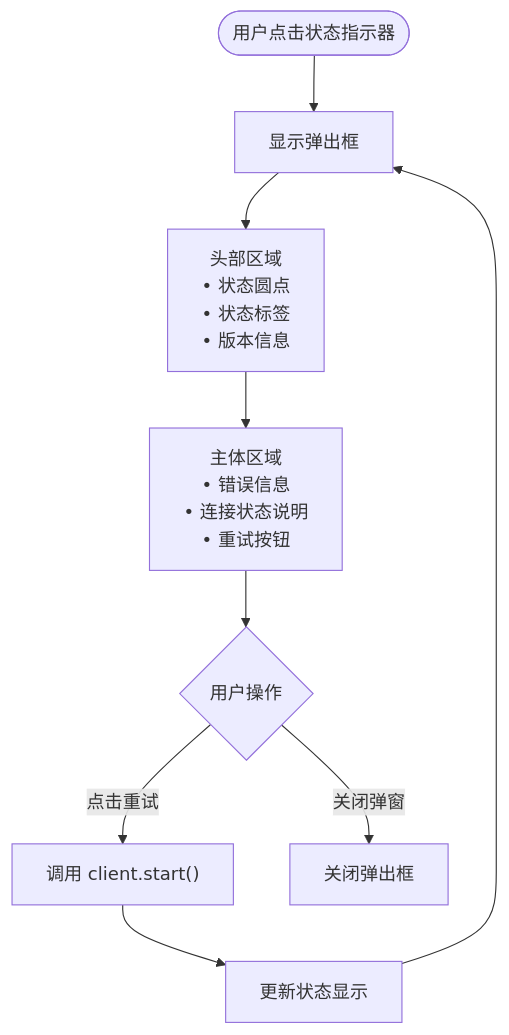
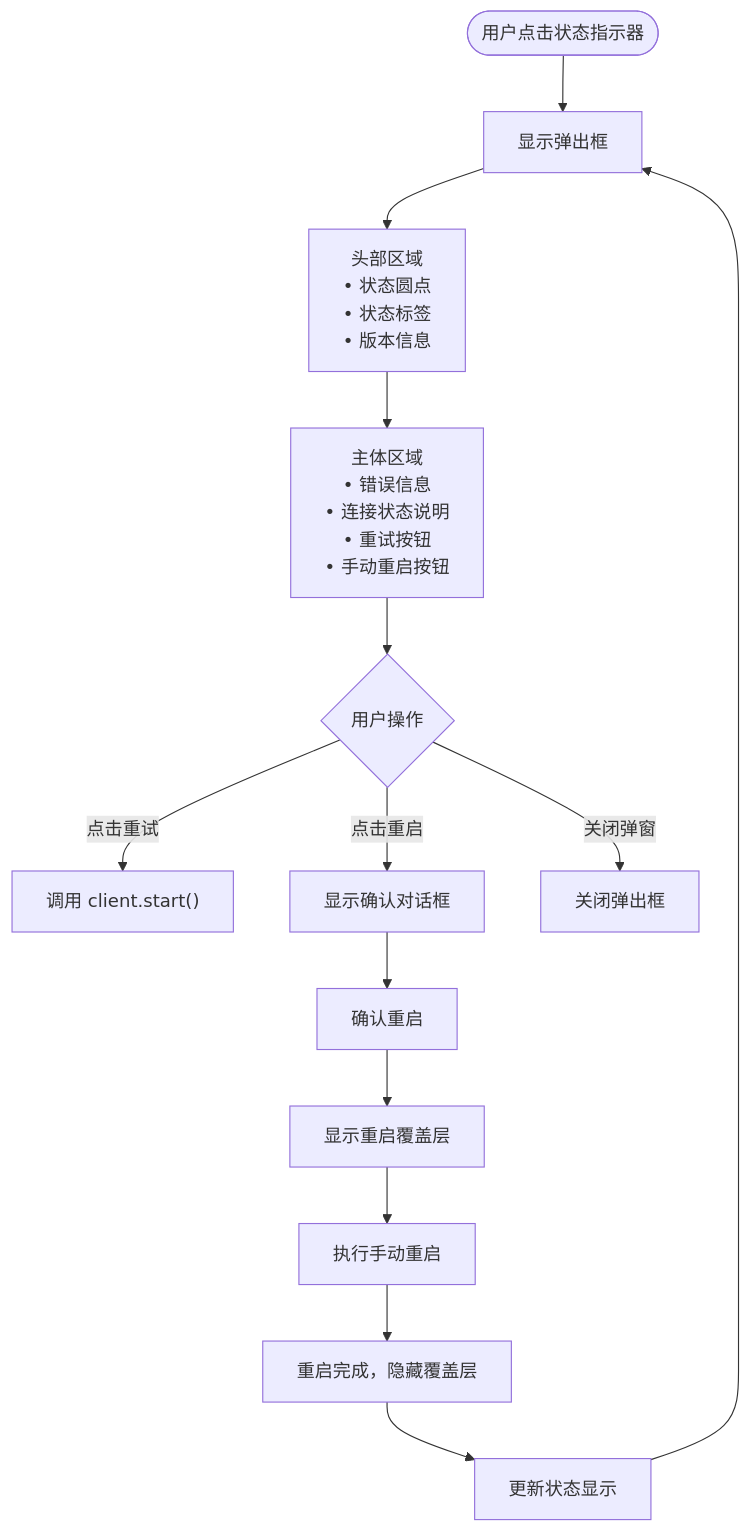
The fourth of 8 diagrams in .qoder/repowiki/zh/content/Web界面/UI组件系统/网关状态指示器.md (verse-ai-org/openclaw), drawn with Mermaid before and after one commit. The commit also changed other lines of this file and 19 other files, not shown here.

````diff
--- a/.qoder/repowiki/zh/content/Web界面/UI组件系统/网关状态指示器.md
+++ b/.qoder/repowiki/zh/content/Web界面/UI组件系统/网关状态指示器.md
@@ -185,11 +234,16 @@
 ```mermaid
 flowchart TD
 Start([用户点击状态指示器]) --> ShowPopup["显示弹出框"]
 ShowPopup --> Header["头部区域<br/>• 状态圆点<br/>• 状态标签<br/>• 版本信息"]
-Header --> Body["主体区域<br/>• 错误信息<br/>• 连接状态说明<br/>• 重试按钮"]
+Header --> Body["主体区域<br/>• 错误信息<br/>• 连接状态说明<br/>• 重试按钮<br/>• 手动重启按钮"]
 Body --> Action{"用户操作"}
 Action --> |点击重试| Retry["调用 client.start()"]
+Action --> |点击重启| ShowConfirm["显示确认对话框"]
 Action --> |关闭弹窗| Close["关闭弹出框"]
-Retry --> Update["更新状态显示"]
+ShowConfirm --> ConfirmRestart["确认重启"]
+ConfirmRestart --> ShowOverlay["显示重启覆盖层"]
+ShowOverlay --> ExecuteRestart["执行手动重启"]
+ExecuteRestart --> HideOverlay["重启完成，隐藏覆盖层"]
+HideOverlay --> Update["更新状态显示"]
 Update --> ShowPopup
 ```
````
